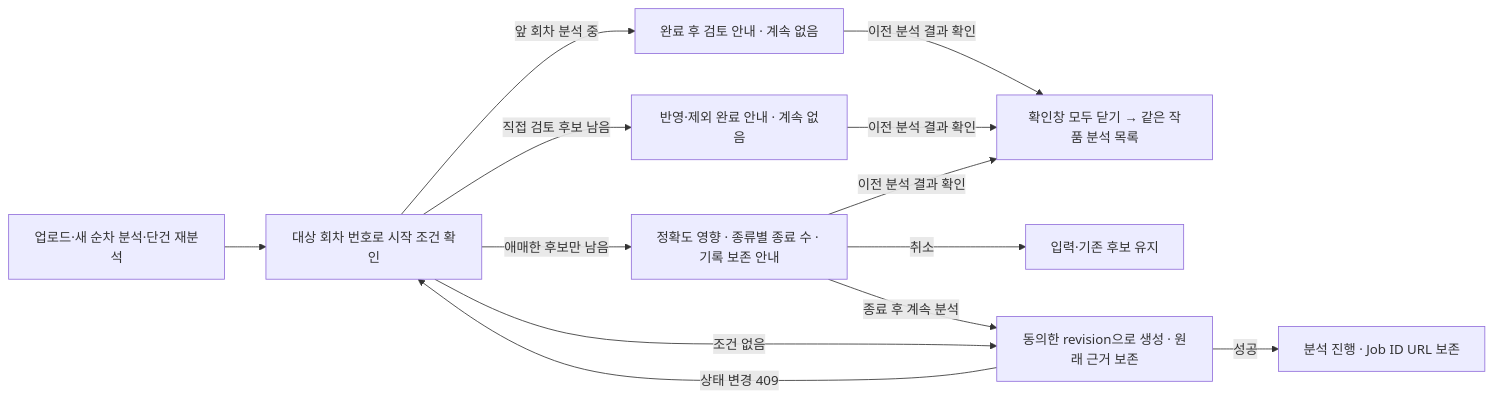
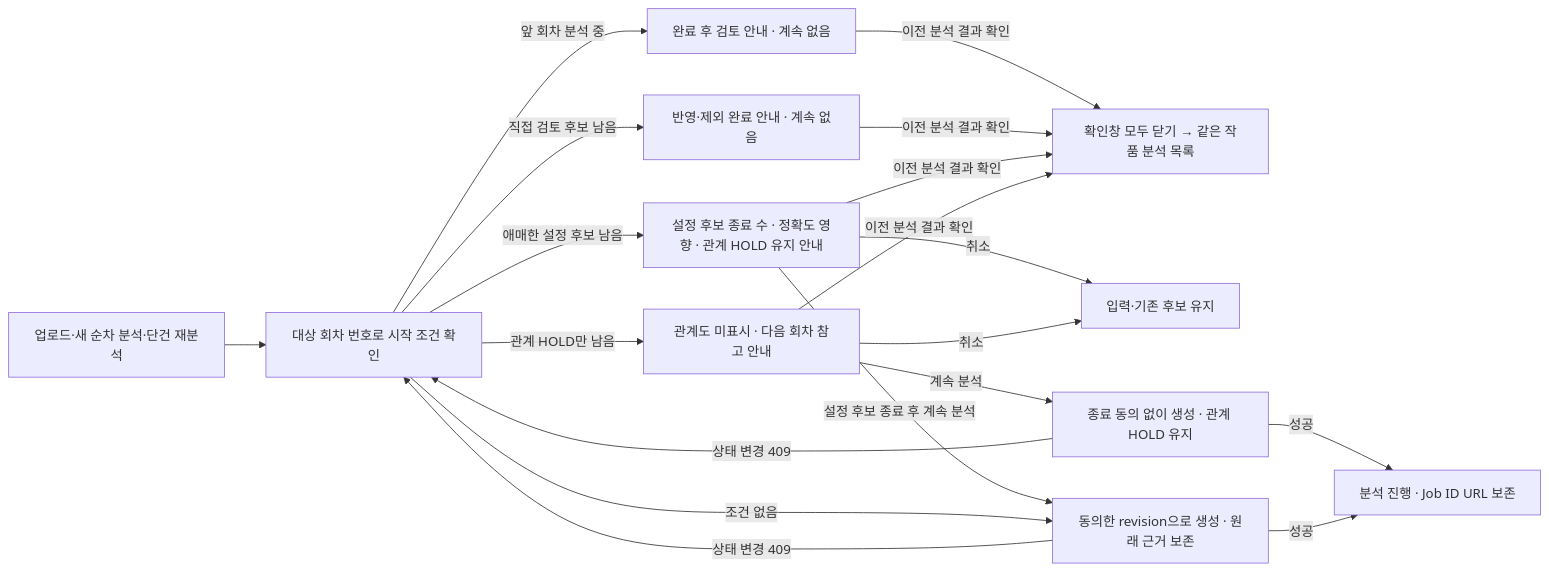
The second of 19 diagrams in docs/screen-flow.md (catchhole-soma/catchhole-front), drawn with Mermaid before and after one commit. The commit also changed other lines of this file and 1 other file, not shown here.

Commit message:
docs: distinguish relationship hold continuation in screen flow

````diff
--- a/docs/screen-flow.md
+++ b/docs/screen-flow.md
@@ -79,15 +79,21 @@
 ```mermaid
 flowchart LR
   start["업로드·새 순차 분석·단건 재분석"] --> check["대상 회차 번호로 시작 조건 확인"]
   check -->|"앞 회차 분석 중"| wait["완료 후 검토 안내 · 계속 없음"]
   check -->|"직접 검토 후보 남음"| manual["반영·제외 완료 안내 · 계속 없음"]
-  check -->|"애매한 후보만 남음"| warning["정확도 영향 · 종류별 종료 수 · 기록 보존 안내"]
+  check -->|"애매한 설정 후보 남음"| warning["설정 후보 종료 수 · 정확도 영향 · 관계 HOLD 유지 안내"]
+  check -->|"관계 HOLD만 남음"| relation["관계도 미표시 · 다음 회차 참고 안내"]
   wait -->|"이전 분석 결과 확인"| list["확인창 모두 닫기 → 같은 작품 분석 목록"]
   manual -->|"이전 분석 결과 확인"| list
   warning -->|"이전 분석 결과 확인"| list
+  relation -->|"이전 분석 결과 확인"| list
   warning -->|"취소"| stay["입력·기존 후보 유지"]
-  warning -->|"종료 후 계속 분석"| create["동의한 revision으로 생성 · 원래 근거 보존"]
+  relation -->|"취소"| stay
+  warning -->|"설정 후보 종료 후 계속 분석"| create["동의한 revision으로 생성 · 원래 근거 보존"]
+  relation -->|"계속 분석"| createNoConsent["종료 동의 없이 생성 · 관계 HOLD 유지"]
   check -->|"조건 없음"| create
+  createNoConsent -->|"상태 변경 409"| check
+  createNoConsent -->|"성공"| progress
   create -->|"상태 변경 409"| check
   create -->|"성공"| progress["분석 진행 · Job ID URL 보존"]
 ```
````
